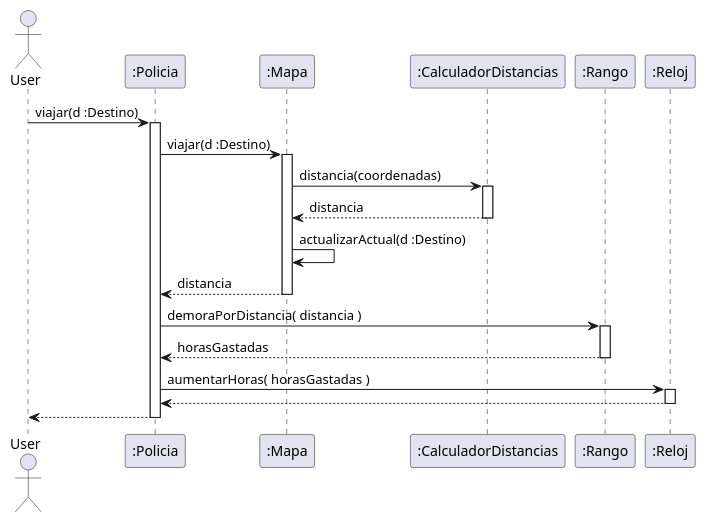
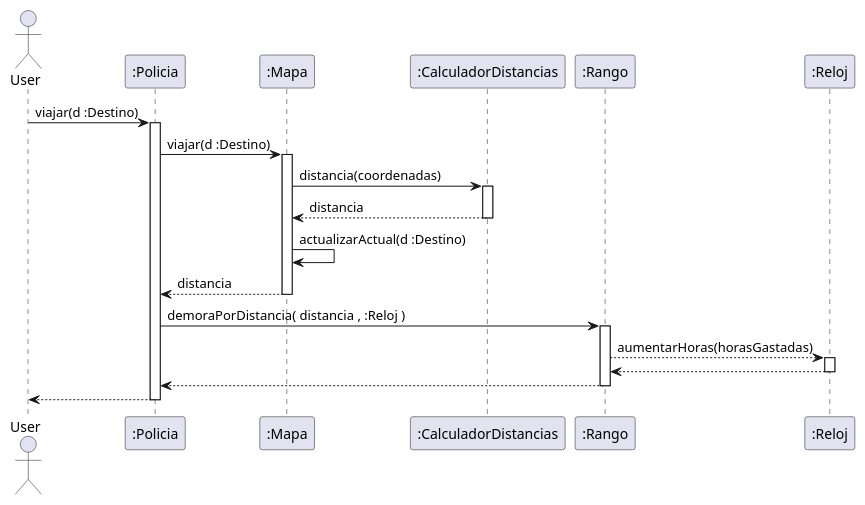
One commit to Nicolas-Bravo/algo3_tp2 changed the diagram in diagrams/sequences/viajarDestinoSecuencia.plantuml. Above: the diagram before and after it, drawn with PlantUML. The commit also changed 16 other files, not shown here.

```diff
--- a/diagrams/sequences/viajarDestinoSecuencia.plantuml
+++ b/diagrams/sequences/viajarDestinoSecuencia.plantuml
@@ -1,37 +1,37 @@
 @startuml
 
 Actor User
 
 User -> ":Policia" : viajar(d :Destino)
 Activate ":Policia"
 
 ":Policia" -> ":Mapa" : viajar(d :Destino)
 activate ":Mapa"
 
 ":Mapa" -> ":CalculadorDistancias" : distancia(coordenadas)
 activate ":CalculadorDistancias"
 
 ":CalculadorDistancias" --> ":Mapa" : distancia
 deactivate ":CalculadorDistancias"
 
 ":Mapa" -> ":Mapa" : actualizarActual(d :Destino)
 
 ":Mapa" --> ":Policia" : distancia
 deactivate ":Mapa"
 
-":Policia" -> ":Rango" : demoraPorDistancia( distancia )
+":Policia" -> ":Rango" : demoraPorDistancia( distancia , :Reloj )
 activate ":Rango"
 
-":Rango" --> ":Policia" : horasGastadas
-deactivate ":Rango"
-
-":Policia" -> ":Reloj" : aumentarHoras( horasGastadas )
+":Rango" --> ":Reloj" : aumentarHoras(horasGastadas)
 activate ":Reloj"
 
-":Reloj" --> ":Policia"
+":Reloj" --> ":Rango"
 deactivate ":Reloj"
+
+":Rango" --> ":Policia"
+deactivate ":Rango"
 
 ":Policia" --> User
 deactivate ":Policia"
 
 @enduml
```
